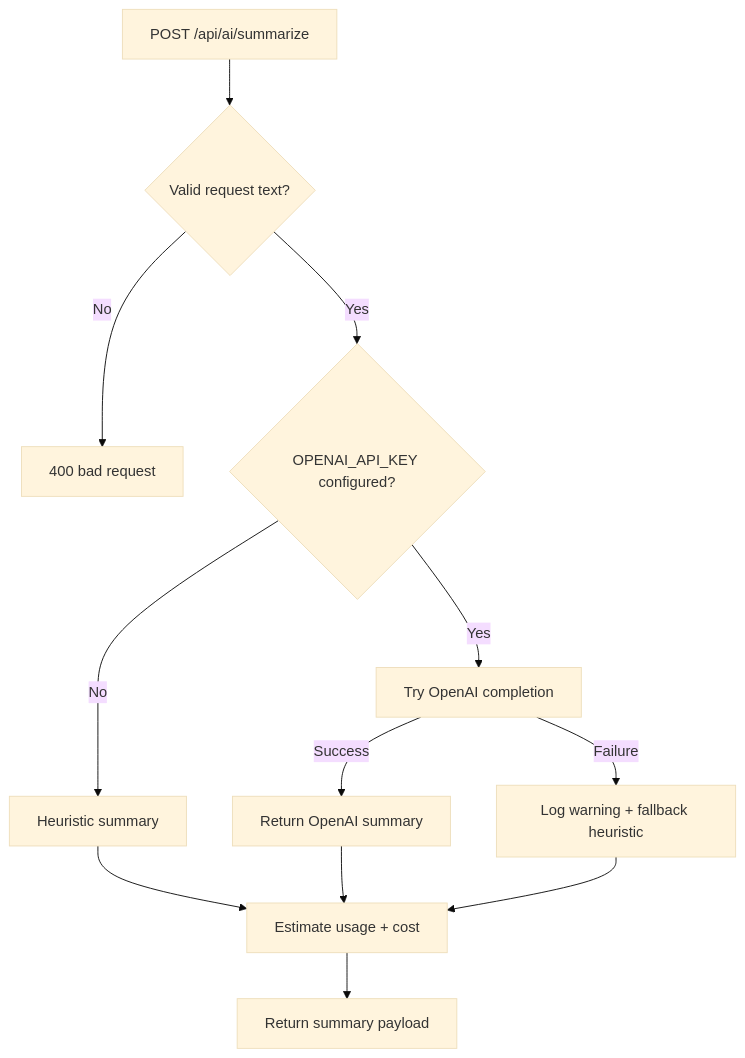
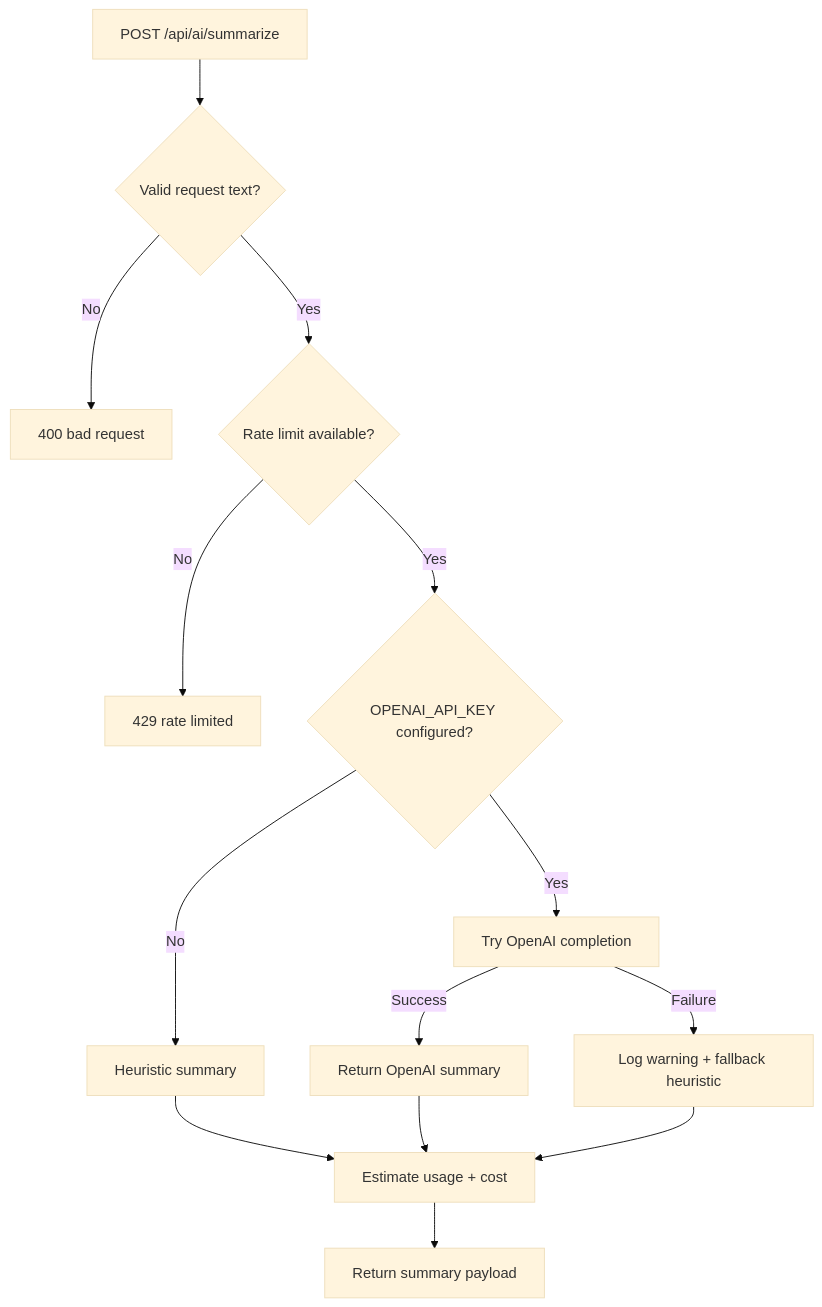
Before and after one commit to AmanVatsSharma/AiCloudStorage: the diagram in docs/AI_SERVICE_FOUNDATION.md, drawn with Mermaid (base theme). The commit also changed other lines of this file and 6 other files, not shown here.

````diff
--- a/docs/AI_SERVICE_FOUNDATION.md
+++ b/docs/AI_SERVICE_FOUNDATION.md
@@ -62,14 +67,16 @@
 ```mermaid
 flowchart TD
   A[POST /api/ai/summarize] --> B{Valid request text?}
   B -->|No| C[400 bad request]
-  B -->|Yes| D{OPENAI_API_KEY configured?}
+  B -->|Yes| Z{Rate limit available?}
+  Z -->|No| C2[429 rate limited]
+  Z -->|Yes| D{OPENAI_API_KEY configured?}
   D -->|No| E[Heuristic summary]
   D -->|Yes| F[Try OpenAI completion]
   F -->|Success| G[Return OpenAI summary]
   F -->|Failure| H[Log warning + fallback heuristic]
   E --> I[Estimate usage + cost]
   G --> I
   H --> I
   I --> J[Return summary payload]
 ```
````
